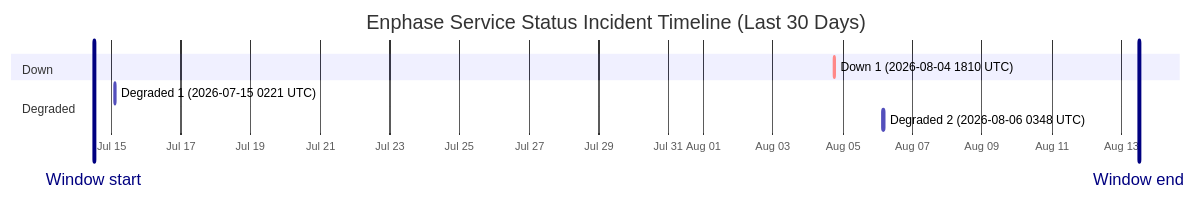
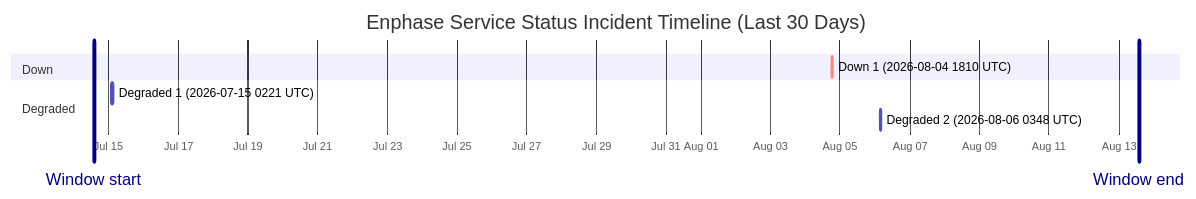
Before and after one commit to barneyonline/ha-enphase-energy: the diagram in wiki/Service-Status-History.md, drawn with Mermaid. The commit also changed other lines of this file and 3 other files, not shown here.

````diff
--- a/wiki/Service-Status-History.md
+++ b/wiki/Service-Status-History.md
@@ -14,13 +14,13 @@
 ```mermaid
 gantt
     title Enphase Service Status Incident Timeline (Last 30 Days)
     dateFormat  YYYY-MM-DDTHH:mm:ss
     axisFormat  %b %d
-    Window start :vert, window-start, 2026-07-14T12:08:46, 0ms
-    Window end :vert, window-end, 2026-08-13T12:08:46, 0ms
+    Window start :vert, window-start, 2026-07-14T13:55:59, 0ms
+    Window end :vert, window-end, 2026-08-13T13:55:59, 0ms
     section Down
     Down 1 (2026-08-04 1810 UTC) :crit, down-1, 2026-08-04T18:10:46, 60m
     section Degraded
     Degraded 1 (2026-07-15 0221 UTC) :active, degraded-1, 2026-07-15T02:21:35, 60m
     Degraded 2 (2026-08-06 0348 UTC) :active, degraded-2, 2026-08-06T03:48:14, 60m
 ```
````
